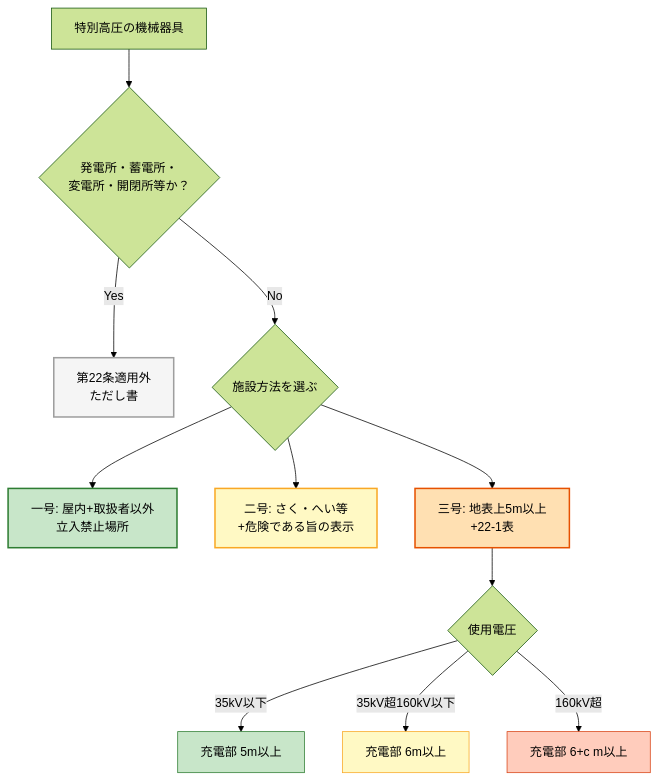
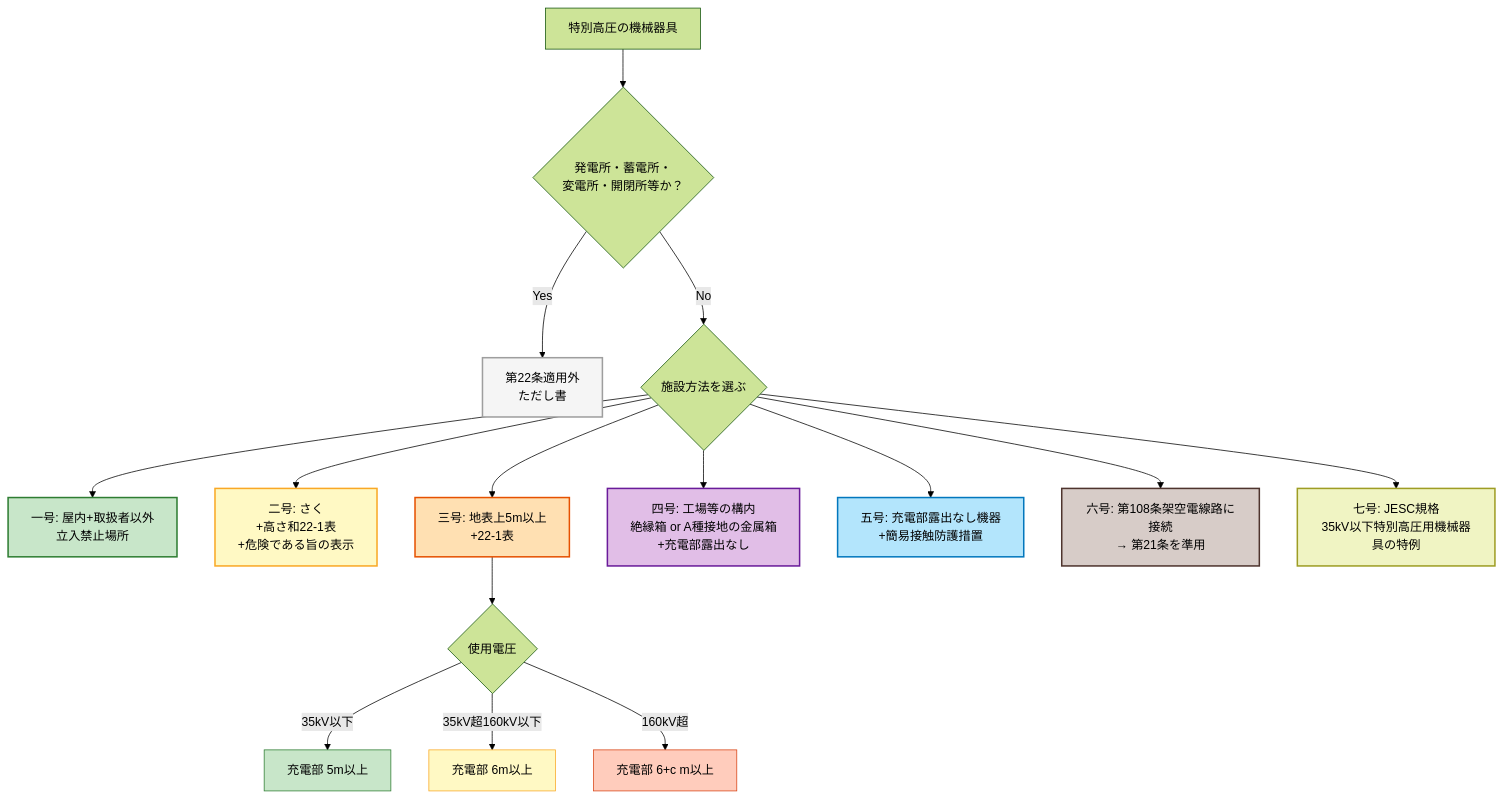
One commit to kfurufuru/denken-wiki changed the diagram in docs/articles/kaishaku/22.md. Above: the diagram before and after it, drawn with Mermaid (forest theme). The commit also changed other lines of this file and 152 other files, not shown here.

````diff
--- a/docs/articles/kaishaku/22.md
+++ b/docs/articles/kaishaku/22.md
@@ -244,21 +271,29 @@
 ```mermaid
 flowchart TD
     Start[特別高圧の機械器具] --> Q0{発電所・蓄電所・<br/>変電所・開閉所等か？}
     Q0 -->|Yes| Out[第22条適用外<br/>ただし書]
     Q0 -->|No| Q1{施設方法を選ぶ}
     Q1 --> M1[一号: 屋内+取扱者以外<br/>立入禁止場所]
-    Q1 --> M2[二号: さく・へい等<br/>+危険である旨の表示]
+    Q1 --> M2[二号: さく<br/>+高さ和22-1表<br/>+危険である旨の表示]
     Q1 --> M3[三号: 地表上5m以上<br/>+22-1表]
+    Q1 --> M4[四号: 工場等の構内<br/>絶縁箱 or A種接地の金属箱<br/>+充電部露出なし]
+    Q1 --> M5[五号: 充電部露出なし機器<br/>+簡易接触防護措置]
+    Q1 --> M6[六号: 第108条架空電線路に接続<br/>→ 第21条を準用]
+    Q1 --> M7[七号: JESC規格<br/>35kV以下特別高圧用機械器具の特例]
     M3 --> M3v{使用電圧}
     M3v -->|35kV以下| V1[充電部 5m以上]
     M3v -->|35kV超160kV以下| V2[充電部 6m以上]
     M3v -->|160kV超| V3[充電部 6+c m以上]
 
     style Out fill:#f5f5f5,stroke:#9e9e9e,stroke-width:2px
     style M1 fill:#c8e6c9,stroke:#2e7d32,stroke-width:2px
     style M2 fill:#fff9c4,stroke:#f9a825,stroke-width:2px
     style M3 fill:#ffe0b2,stroke:#e65100,stroke-width:2px
+    style M4 fill:#e1bee7,stroke:#6a1b9a,stroke-width:2px
+    style M5 fill:#b3e5fc,stroke:#0277bd,stroke-width:2px
+    style M6 fill:#d7ccc8,stroke:#4e342e,stroke-width:2px
+    style M7 fill:#f0f4c3,stroke:#9e9d24,stroke-width:2px
     style V1 fill:#c8e6c9,stroke:#2e7d32
     style V2 fill:#fff9c4,stroke:#f9a825
     style V3 fill:#ffccbc,stroke:#d84315
 ```
````
